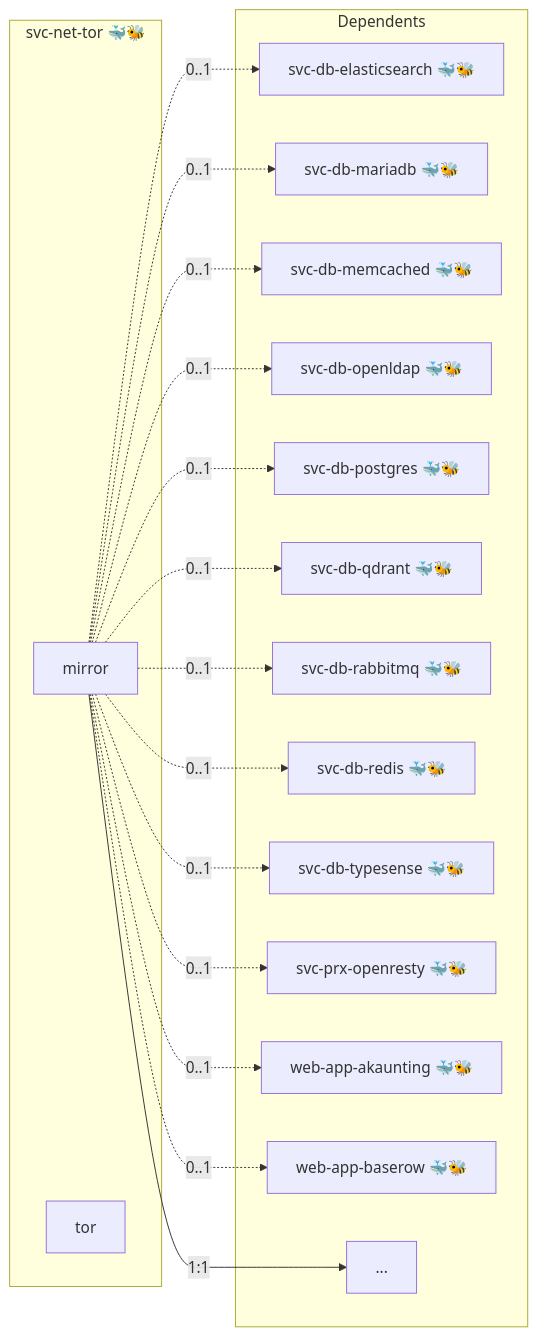
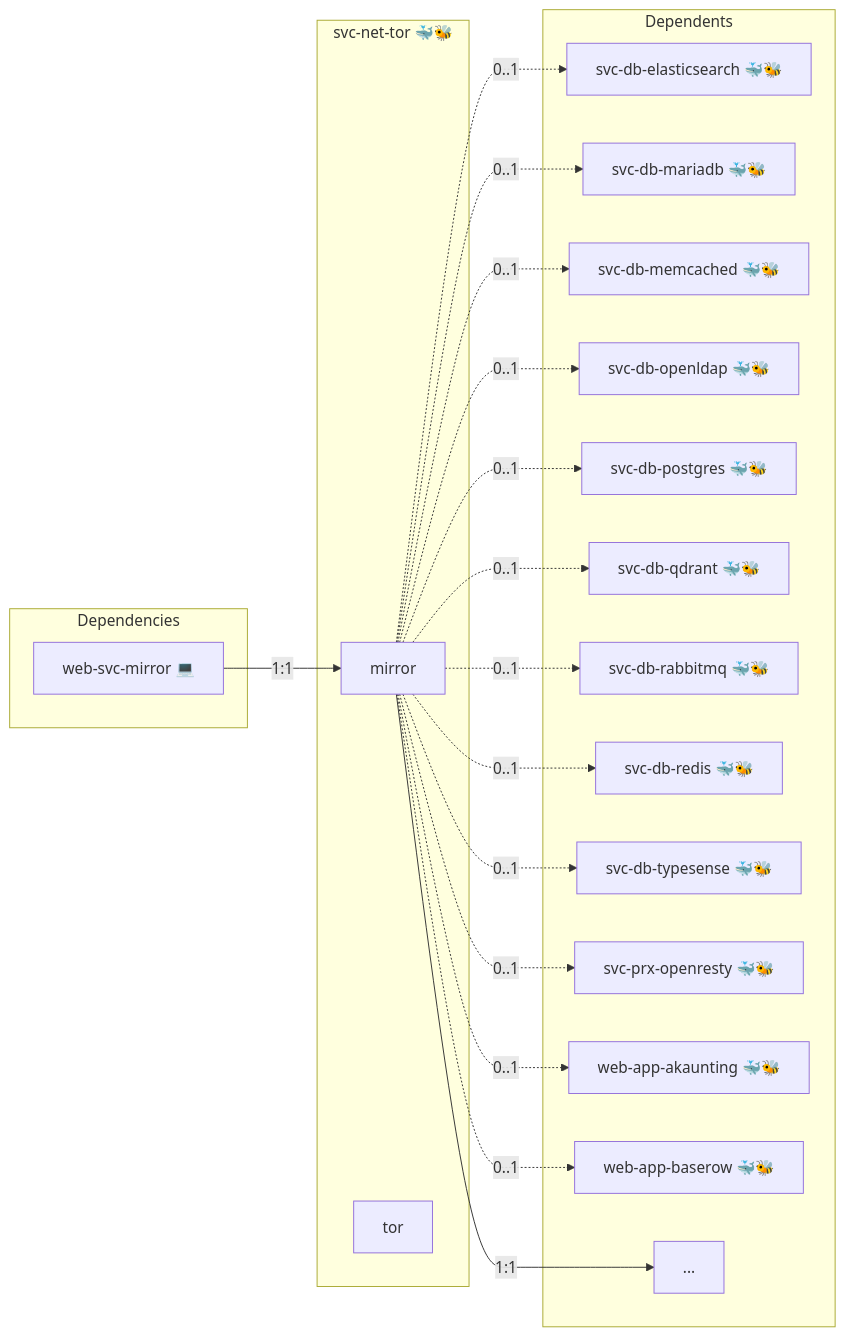
One commit to AlejandroRomanIbanez/infinito-nexus changed the diagram in roles/svc-net-tor/README.md. Above: the diagram before and after it, drawn with Mermaid. The commit also changed other lines of this file and 256 other files, not shown here.

````diff
--- a/roles/svc-net-tor/README.md
+++ b/roles/svc-net-tor/README.md
@@ -17,35 +17,39 @@
 ```mermaid
 flowchart LR
+    subgraph deps [Dependencies]
+        dep_web_svc_mirror["web-svc-mirror 💻"]
+    end
     subgraph role [svc-net-tor 🐳🐝]
         svc_mirror["mirror"]
         svc_tor["tor"]
     end
     subgraph dependents [Dependents]
         dpt_svc_db_elasticsearch["svc-db-elasticsearch 🐳🐝"]
         dpt_svc_db_mariadb["svc-db-mariadb 🐳🐝"]
         dpt_svc_db_memcached["svc-db-memcached 🐳🐝"]
         dpt_svc_db_openldap["svc-db-openldap 🐳🐝"]
         dpt_svc_db_postgres["svc-db-postgres 🐳🐝"]
         dpt_svc_db_qdrant["svc-db-qdrant 🐳🐝"]
         dpt_svc_db_rabbitmq["svc-db-rabbitmq 🐳🐝"]
         dpt_svc_db_redis["svc-db-redis 🐳🐝"]
         dpt_svc_db_typesense["svc-db-typesense 🐳🐝"]
         dpt_svc_prx_openresty["svc-prx-openresty 🐳🐝"]
         dpt_web_app_akaunting["web-app-akaunting 🐳🐝"]
         dpt_web_app_baserow["web-app-baserow 🐳🐝"]
         dpt_more["..."]
     end
+    dep_web_svc_mirror -- "1:1" --> svc_mirror
     svc_mirror -- "1:1" --> dpt_more
     svc_mirror -. "0..1" .-> dpt_svc_db_elasticsearch
     svc_mirror -. "0..1" .-> dpt_svc_db_mariadb
     svc_mirror -. "0..1" .-> dpt_svc_db_memcached
     svc_mirror -. "0..1" .-> dpt_svc_db_openldap
     svc_mirror -. "0..1" .-> dpt_svc_db_postgres
     svc_mirror -. "0..1" .-> dpt_svc_db_qdrant
     svc_mirror -. "0..1" .-> dpt_svc_db_rabbitmq
     svc_mirror -. "0..1" .-> dpt_svc_db_redis
     svc_mirror -. "0..1" .-> dpt_svc_db_typesense
     svc_mirror -. "0..1" .-> dpt_svc_prx_openresty
     svc_mirror -. "0..1" .-> dpt_web_app_akaunting
     svc_mirror -. "0..1" .-> dpt_web_app_baserow
 ```
````
